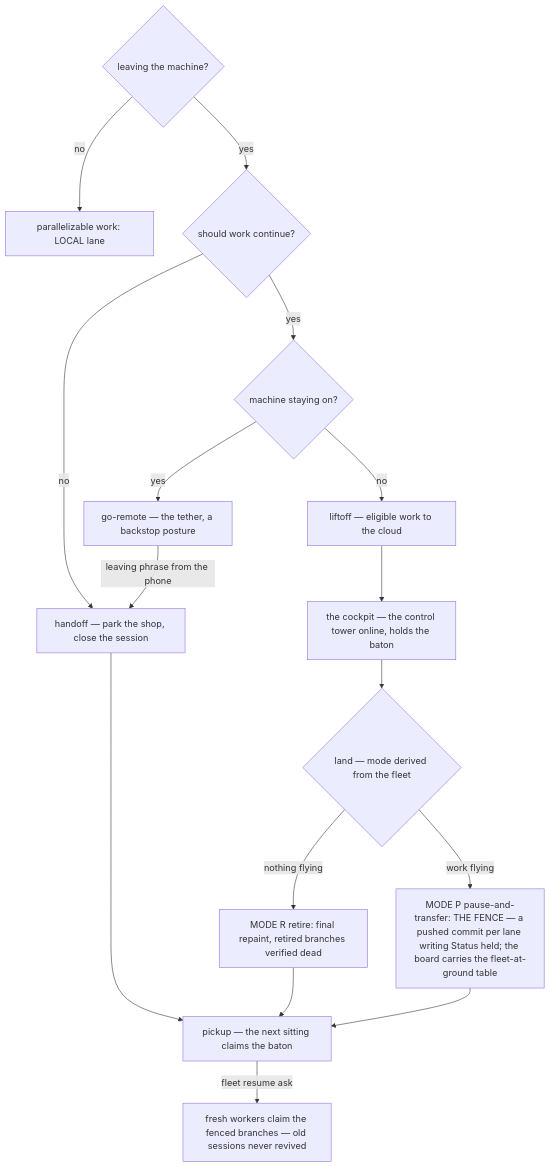
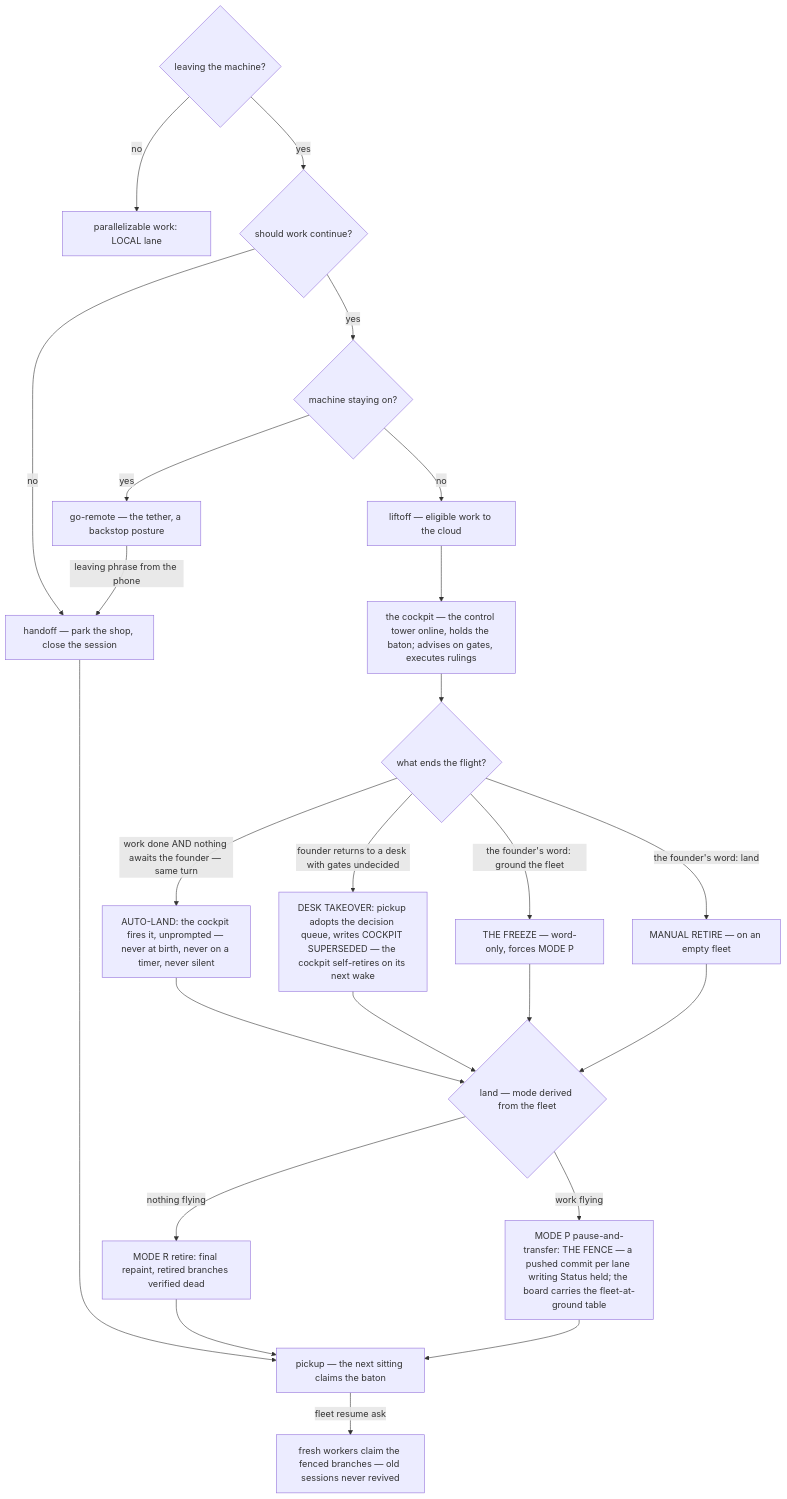
The third of 6 diagrams in docs/ATLAS.md (wsher0901/roam), drawn with Mermaid before and after one commit. The commit also changed other lines of this file and 11 other files, not shown here.

````diff
--- a/docs/ATLAS.md
+++ b/docs/ATLAS.md
@@ -91,18 +95,26 @@
 ```mermaid
 flowchart TD
   A{"leaving the machine?"} -->|no| LL["parallelizable work: LOCAL lane"]
   A -->|yes| B{"should work continue?"}
   B -->|no| H["handoff — park the shop, close the session"]
   B -->|yes| C{"machine staying on?"}
   C -->|yes| G["go-remote — the tether, a backstop posture"]
   C -->|no| F["liftoff — eligible work to the cloud"]
-  F --> CP["the cockpit — the control tower online, holds the baton"]
-  CP --> LA{"land — mode derived from the fleet"}
+  F --> CP["the cockpit — the control tower online, holds the baton; advises on gates, executes rulings"]
+  CP --> T{"what ends the flight?"}
+  T -->|"work done AND nothing awaits the founder — same turn"| AL["AUTO-LAND: the cockpit fires it, unprompted — never at birth, never on a timer, never silent"]
+  T -->|"founder returns to a desk with gates undecided"| SUP["DESK TAKEOVER: pickup adopts the decision queue, writes COCKPIT SUPERSEDED — the cockpit self-retires on its next wake"]
+  T -->|"the founder's word: ground the fleet"| FR["THE FREEZE — word-only, forces MODE P"]
+  T -->|"the founder's word: land"| MR["MANUAL RETIRE — on an empty fleet"]
+  AL --> LA{"land — mode derived from the fleet"}
+  SUP --> LA
+  FR --> LA
+  MR --> LA
   LA -->|"nothing flying"| R["MODE R retire: final repaint, retired branches verified dead"]
   LA -->|"work flying"| PP["MODE P pause-and-transfer: THE FENCE — a pushed commit per lane writing Status held; the board carries the fleet-at-ground table"]
   R --> PU["pickup — the next sitting claims the baton"]
   PP --> PU
   H --> PU
   G -->|"leaving phrase from the phone"| H
   PU -->|"fleet resume ask"| RES["fresh workers claim the fenced branches — old sessions never revived"]
 ```
````
